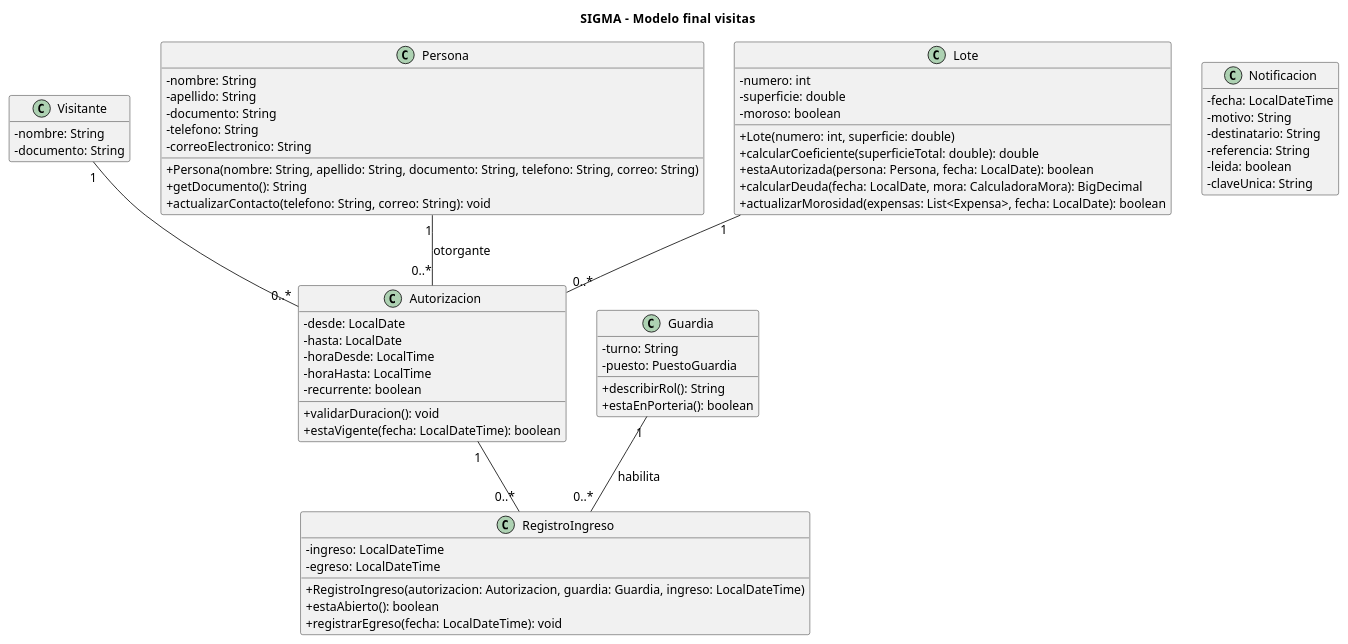
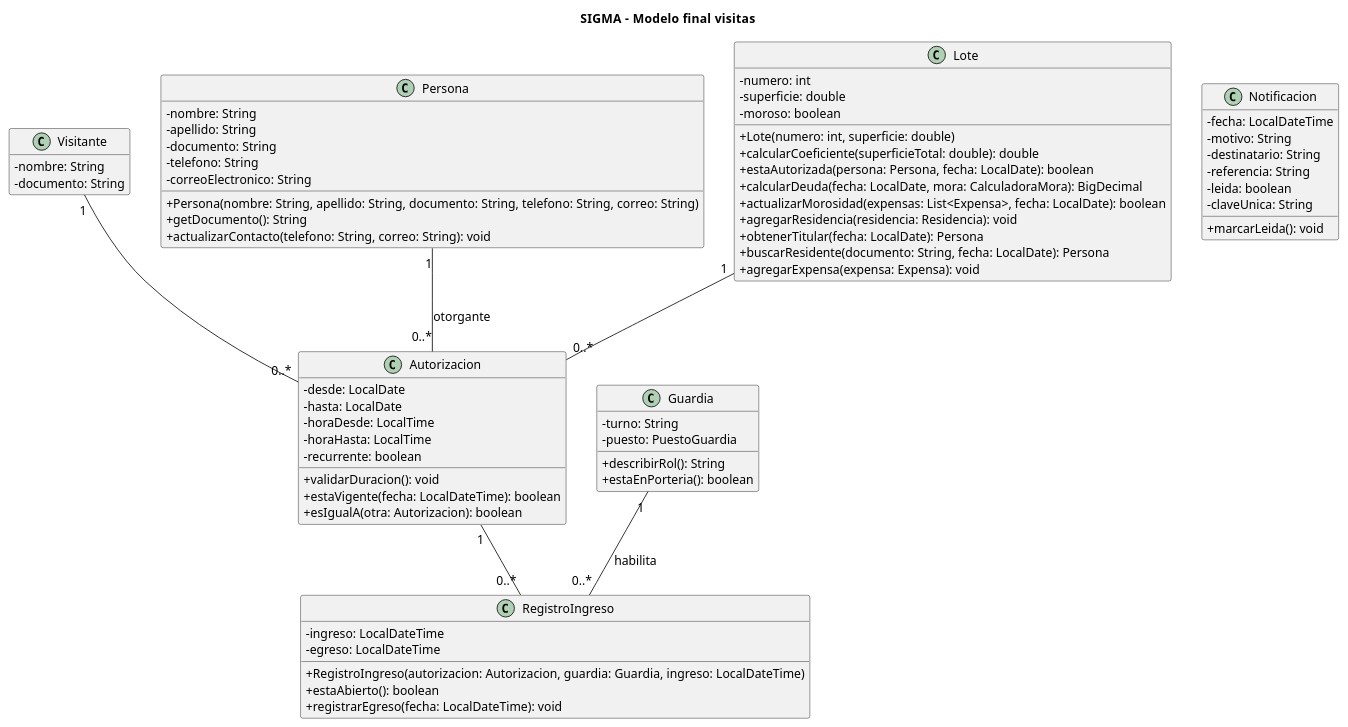
One commit to fedemarr/TP-POO-SIGMA changed the diagram in docs/uml/05-visitas.puml. Above: the diagram before and after it, drawn with PlantUML. The commit also changed 42 other files, not shown here.

```diff
--- a/docs/uml/05-visitas.puml
+++ b/docs/uml/05-visitas.puml
@@ -1,75 +1,81 @@
 @startuml 05-visitas
 title SIGMA - Modelo final   visitas
 scale max 3800*3800
 skinparam defaultFontName Arial
 skinparam defaultFontSize 14
 skinparam classAttributeIconSize 0
 skinparam shadowing false
 hide empty members
 
 class Visitante {
     - nombre: String
     - documento: String
   }
 
 class Autorizacion {
     - desde: LocalDate
     - hasta: LocalDate
     - horaDesde: LocalTime
     - horaHasta: LocalTime
     - recurrente: boolean
     + validarDuracion(): void
     + estaVigente(fecha: LocalDateTime): boolean
+    + esIgualA(otra: Autorizacion): boolean
   }
 
 class RegistroIngreso {
     - ingreso: LocalDateTime
     - egreso: LocalDateTime
     + RegistroIngreso(autorizacion: Autorizacion, guardia: Guardia, ingreso: LocalDateTime)
     + estaAbierto(): boolean
     + registrarEgreso(fecha: LocalDateTime): void
   }
 
 class Persona {
     - nombre: String
     - apellido: String
     - documento: String
     - telefono: String
     - correoElectronico: String
     + Persona(nombre: String, apellido: String, documento: String, telefono: String, correo: String)
     + getDocumento(): String
     + actualizarContacto(telefono: String, correo: String): void
   }
 
 class Lote {
     - numero: int
     - superficie: double
     - moroso: boolean
     + Lote(numero: int, superficie: double)
     + calcularCoeficiente(superficieTotal: double): double
     + estaAutorizada(persona: Persona, fecha: LocalDate): boolean
     + calcularDeuda(fecha: LocalDate, mora: CalculadoraMora): BigDecimal
     + actualizarMorosidad(expensas: List<Expensa>, fecha: LocalDate): boolean
+    + agregarResidencia(residencia: Residencia): void
+    + obtenerTitular(fecha: LocalDate): Persona
+    + buscarResidente(documento: String, fecha: LocalDate): Persona
+    + agregarExpensa(expensa: Expensa): void
   }
 
 class Guardia {
     - turno: String
     - puesto: PuestoGuardia
     + describirRol(): String
     + estaEnPorteria(): boolean
   }
 
 class Notificacion {
     - fecha: LocalDateTime
     - motivo: String
     - destinatario: String
     - referencia: String
     - leida: boolean
     - claveUnica: String
+    + marcarLeida(): void
   }
 Persona "1" -- "0..*" Autorizacion : otorgante
 Lote "1" -- "0..*" Autorizacion
 Visitante "1" -- "0..*" Autorizacion
 Autorizacion "1" -- "0..*" RegistroIngreso
 Guardia "1" -- "0..*" RegistroIngreso : habilita
 @enduml
```
